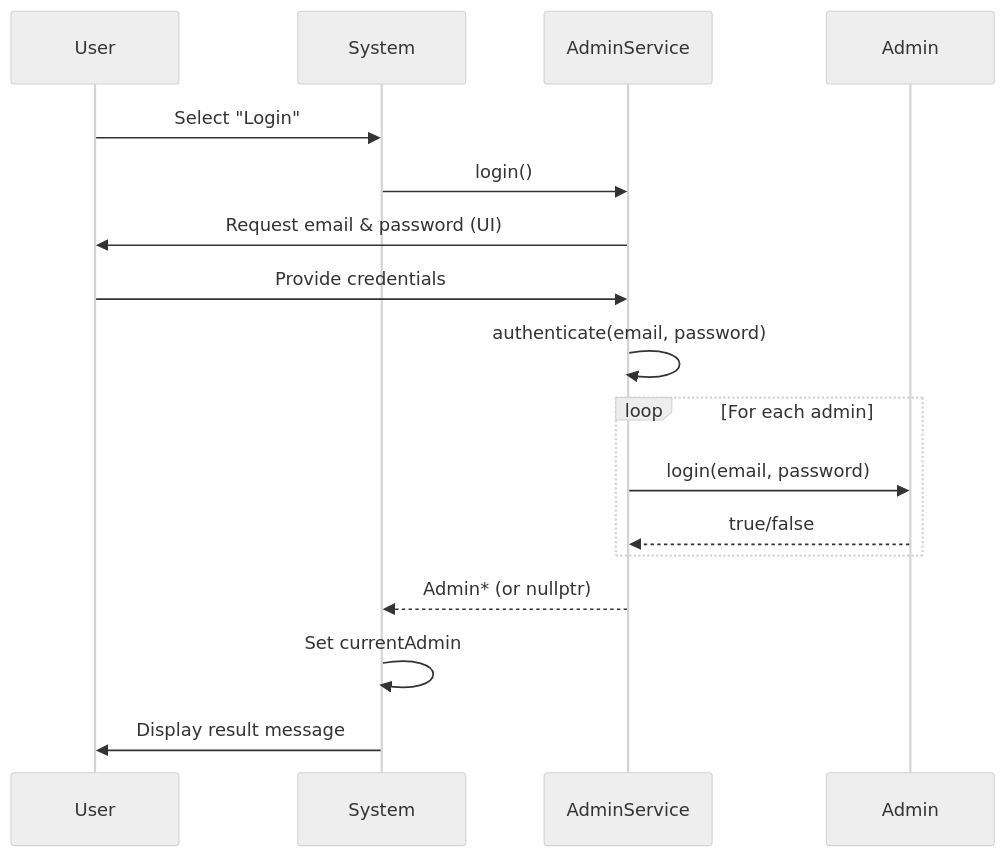
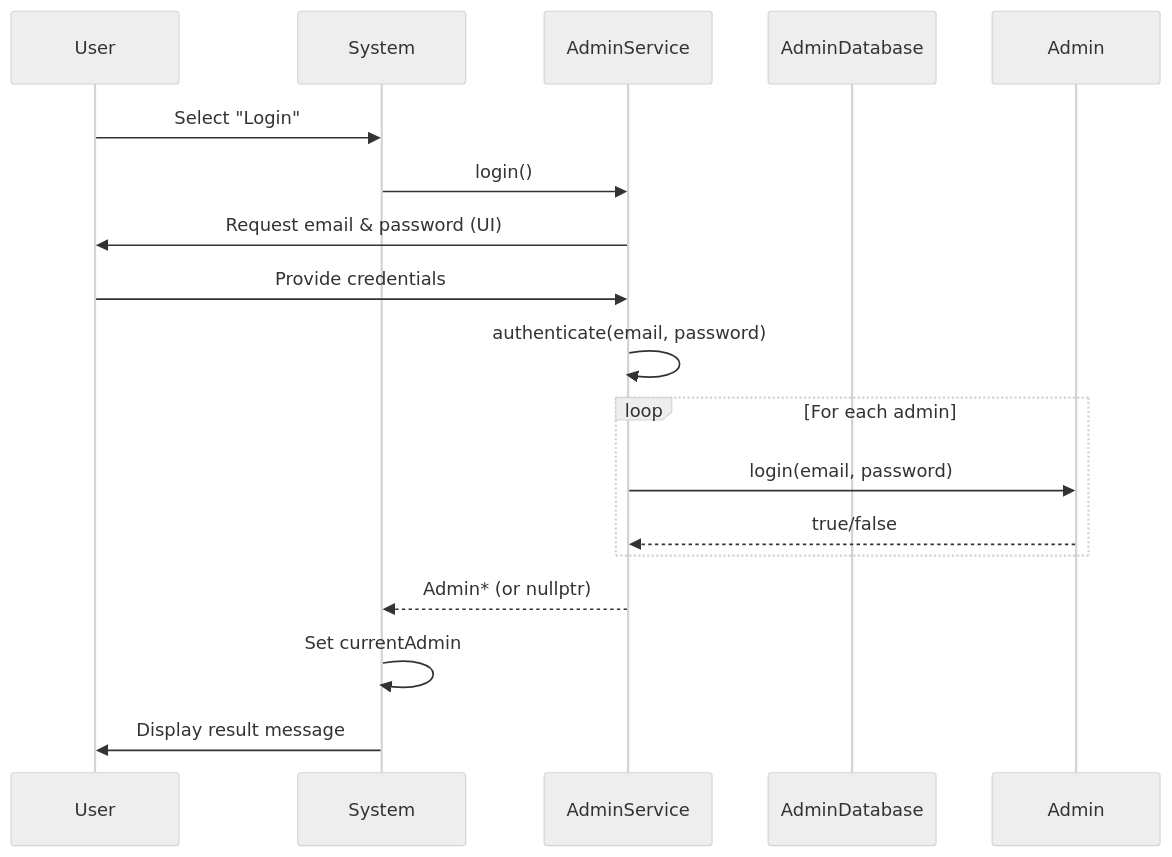
The sixth of 6 diagrams in README.md (M0hamed-Awad/El-Forma), drawn with Mermaid (neutral theme) before and after one commit.

Commit message:
Update README.md
modify sequence diagram

````diff
--- a/README.md
+++ b/README.md
@@ -314,20 +314,20 @@
 ```mermaid
 sequenceDiagram
     participant User
     participant System
     participant AdminService
-    participant Admin
+    participant AdminDatabase
     
     User->>System: Select "Login"
     System->>AdminService: login()
     AdminService->>User: Request email & password (UI)
     User->>AdminService: Provide credentials
     AdminService->>AdminService: authenticate(email, password)
     loop For each admin
         AdminService->>Admin: login(email, password)
         Admin-->>AdminService: true/false
     end
     AdminService-->>System: Admin* (or nullptr)
     System->>System: Set currentAdmin
     System->>User: Display result message
 ```
````
